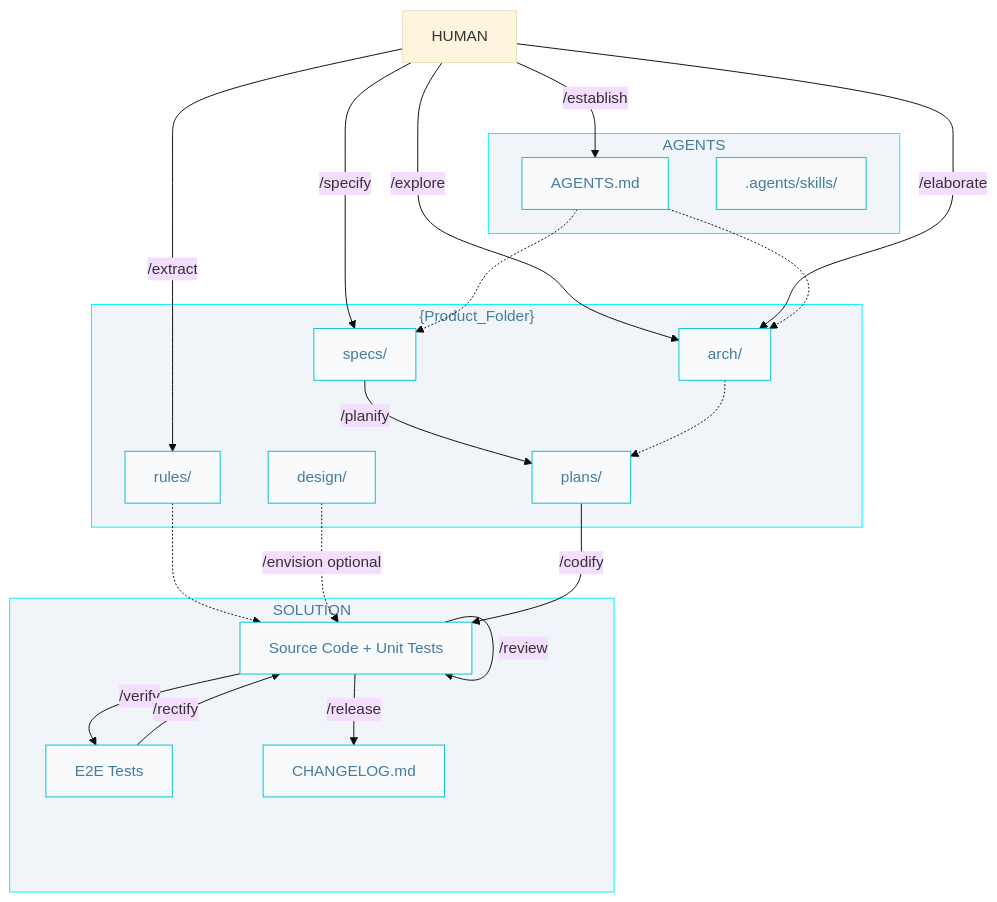
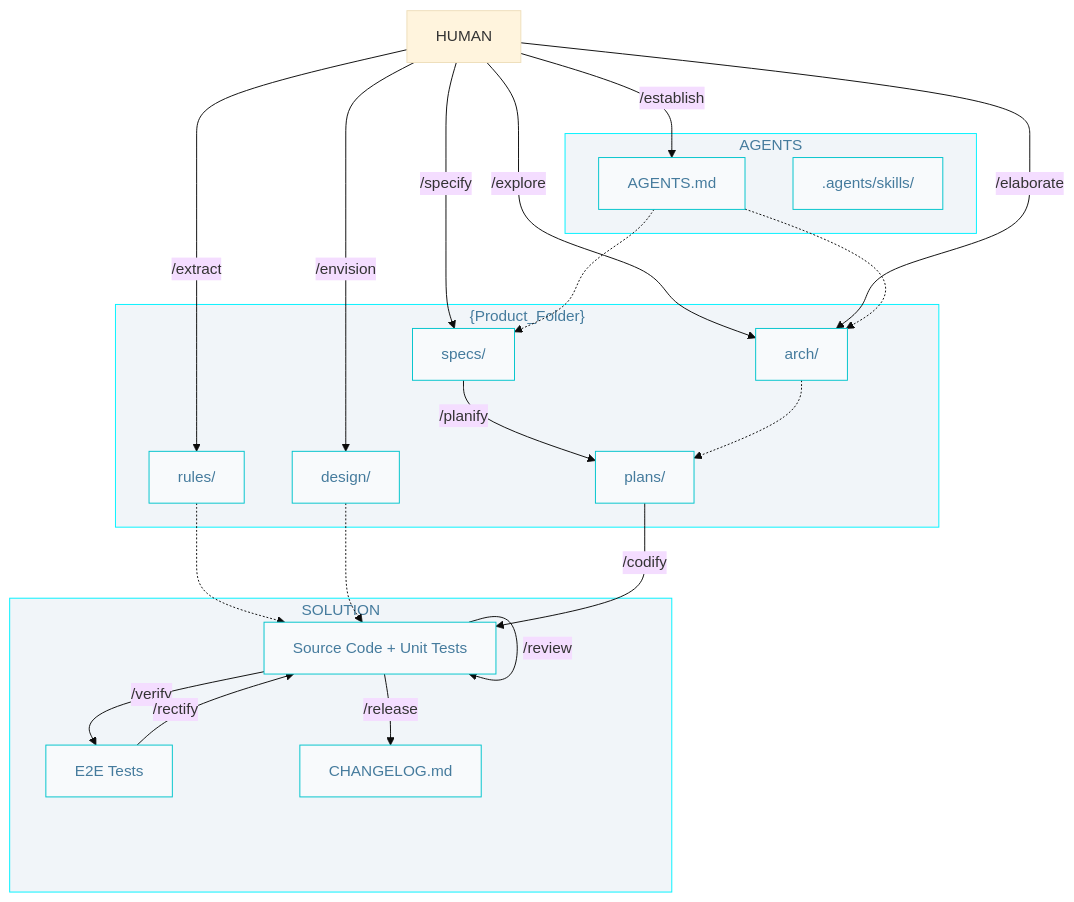
Before and after one commit to AIDDbot/AIDDbot: the diagram in docs/AIDD.workflow.md, drawn with Mermaid (base theme). The commit also changed other lines of this file and 5 other files, not shown here.

````diff
--- a/docs/AIDD.workflow.md
+++ b/docs/AIDD.workflow.md
@@ -3,46 +3,47 @@
 ```mermaid
 flowchart TD
   classDef nd fill:#f8fafc,stroke:#00c4cc,color:#457b9d
   classDef sg fill:#f1f5f9,stroke:#00f2ff,color:#457b9d 
 
   HUM[HUMAN]
 
   subgraph P["{Product_Folder}"]
       SPC["specs/"]:::nd
       PLN["plans/"]:::nd
       ARC["arch/"]:::nd
       RUL["rules/"]:::nd
       DES["design/"]:::nd
   end
 
   subgraph A["AGENTS"]
       AGT["AGENTS.md"]:::nd
       SKL[".agents/skills/"]:::nd
   end  
 
   subgraph S["SOLUTION"]
       COD["Source Code + Unit Tests"]:::nd
       E2E["E2E Tests"]:::nd
       CHL["CHANGELOG.md"]:::nd
   end
 
   HUM -->|/establish| AGT
   HUM -->|/explore| ARC
   HUM -->|/elaborate| ARC
   HUM -->|/extract| RUL
   HUM -->|/specify| SPC
+  HUM -->|/envision| DES
   AGT -.-> SPC  
   AGT -.-> ARC
   RUL -.-> COD  
   SPC -->|/planify| PLN
   ARC -.-> PLN
-  DES -.->|/envision optional| COD
+  DES -.-> COD
 
   PLN -->|/codify| COD
   COD -->|/verify| E2E
   E2E -->|/rectify| COD
   COD -->|/review| COD
   COD -->|/release| CHL
 
   class P,A,S sg
 ```
````
